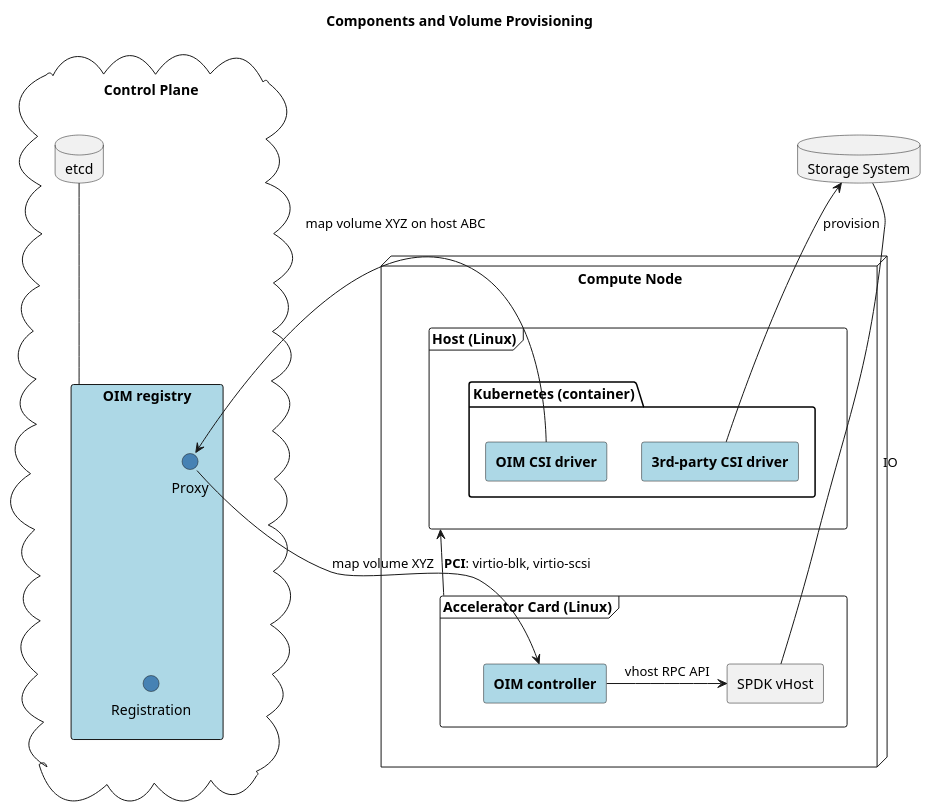
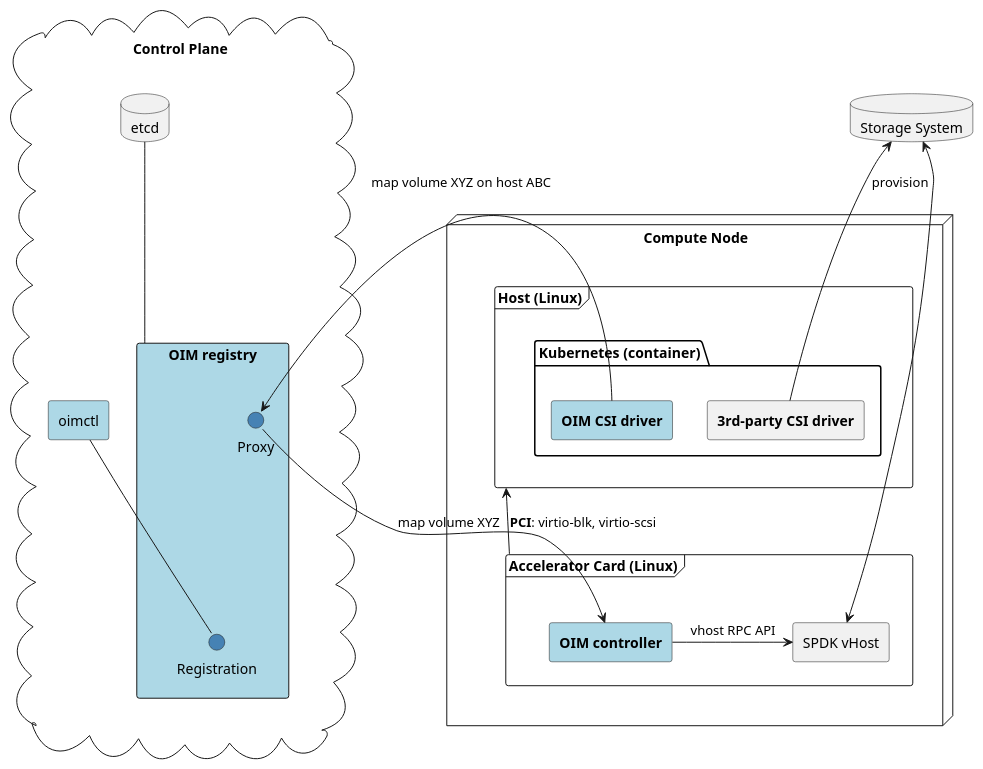
One commit to intel/oim changed the diagram in doc/overview.puml. Above: the diagram before and after it, drawn with PlantUML. The commit also changed 3 other files, not shown here.

First line of the commit message:
docs: update diagrams

```diff
--- a/doc/overview.puml
+++ b/doc/overview.puml
@@ -1,50 +1,54 @@
 @startuml
+skinparam backgroundcolor transparent
 
 'left to right direction
-
-title Components and Volume Provisioning
 
 node "Compute Node" as computenode {
     frame "Host (Linux)" as host {
         package "Kubernetes (container)" {
             rectangle "**OIM CSI driver**" as oimdriver #LightBlue
-            rectangle "**3rd-party CSI driver**" as otherdriver #LightBlue
+            rectangle "**3rd-party CSI driver**" as otherdriver
             oimdriver -[hidden]> otherdriver
         }
     }
 
     frame "Accelerator Card (Linux)" as card {
         rectangle "SPDK vHost" as spdk
         rectangle "**OIM controller**" as controller #LightBlue {
 
         }
 
         spdk <- controller : vhost RPC API
     }
 
     host <-- card : **PCI**: virtio-blk, virtio-scsi
 }
 
 cloud "Control Plane" as controlplane {
     database etcd
 
     rectangle "OIM registry" as registry #LightBlue {
         interface Proxy #SteelBlue
         interface Registration #SteelBlue
         Proxy -[hidden]-> Registration
     }
 
+    rectangle "oimctl" #LightBlue
+
     etcd -- registry
+    oimctl -- Registration
 }
+
 
 Proxy <- oimdriver : map volume XYZ on host ABC
 Proxy -> controller : map volume XYZ
 
 controlplane -[hidden]> computenode
 
 database "Storage System" as storage
 
 storage <-- otherdriver : provision
-storage -- spdk : IO
+storage <--> spdk
+
 
 @enduml
```
